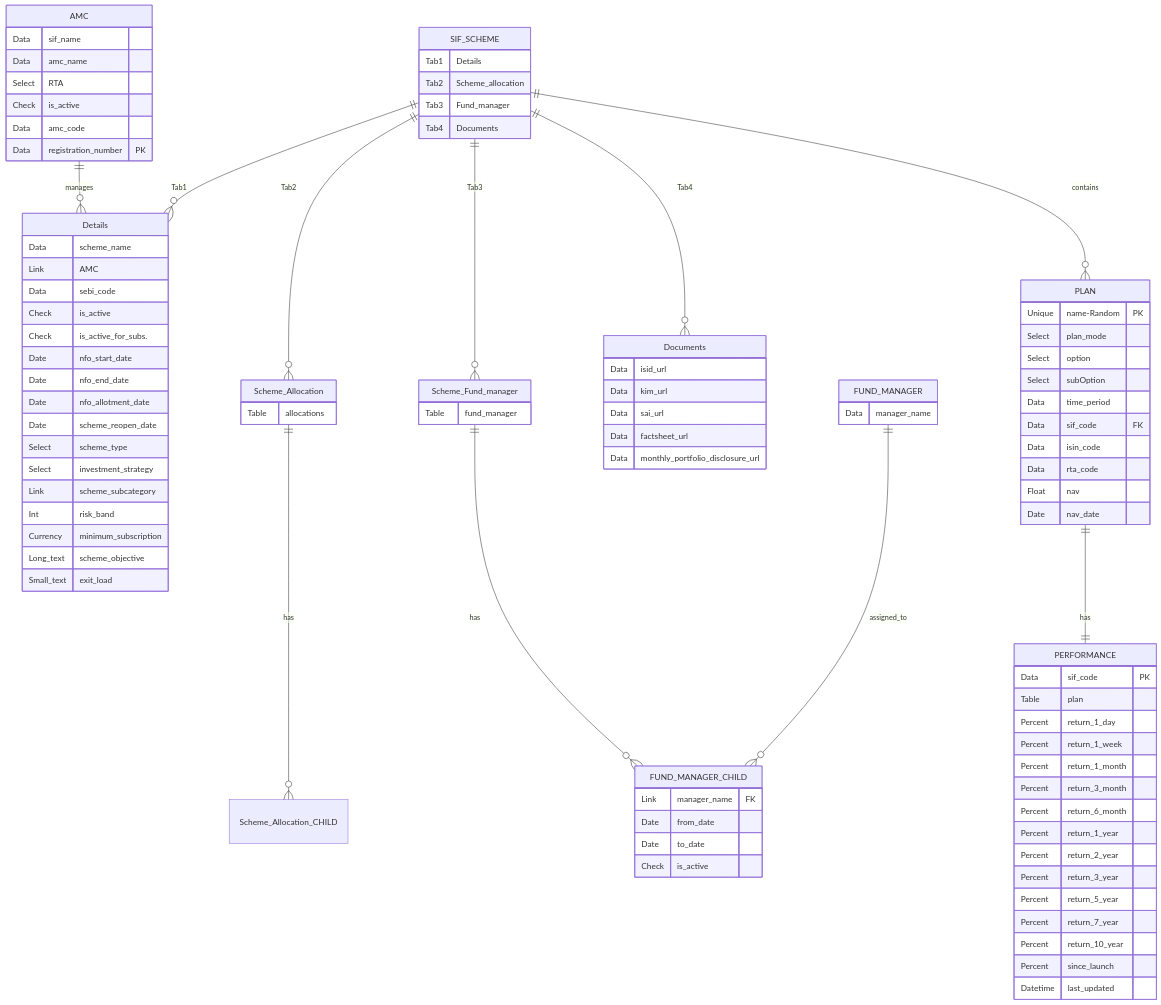
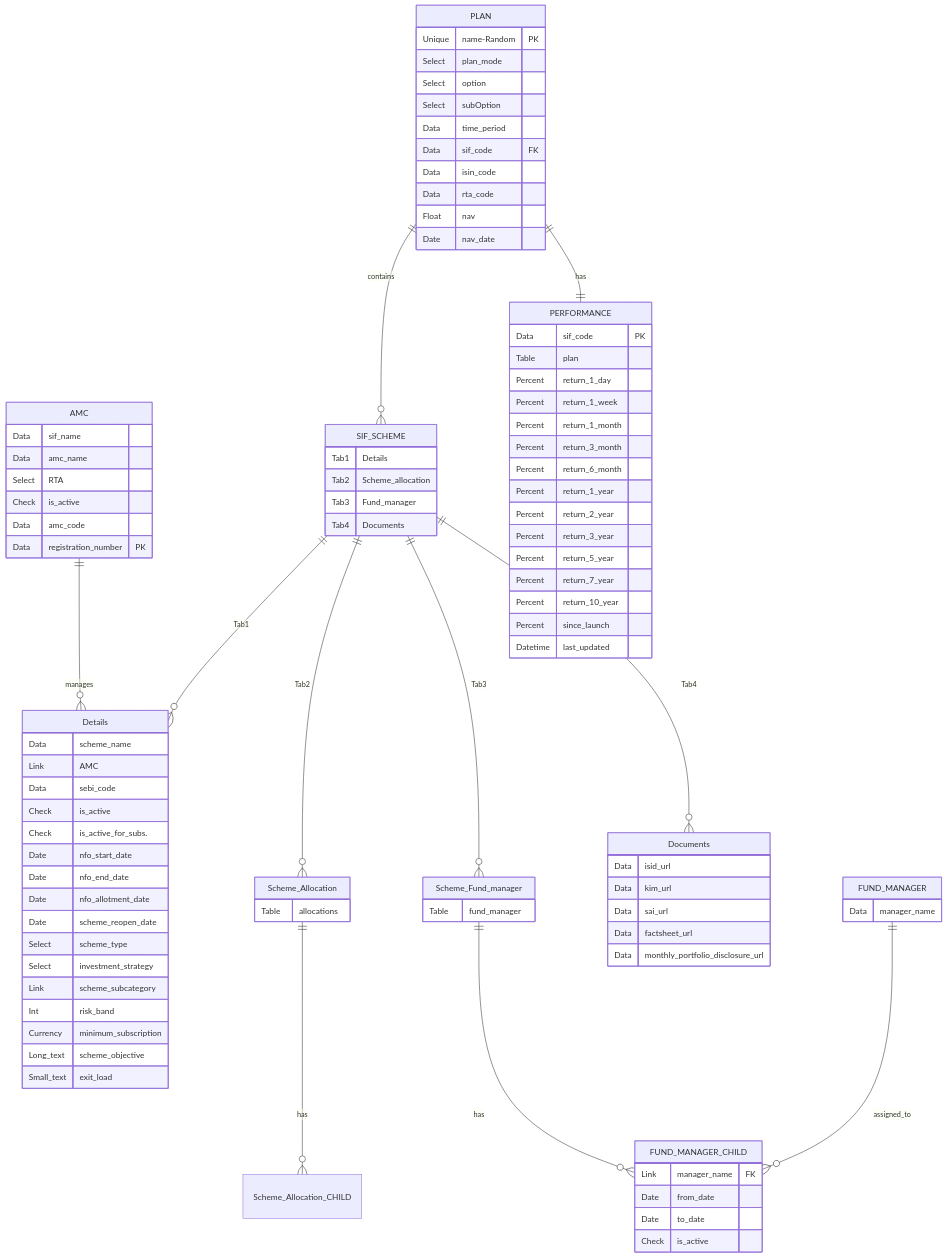
The diagram in sif_app/DOCTYPE architecture ER diagram.md (Satyam4755/My_SIF), drawn with Mermaid before and after one commit.

Commit message:
Update DOCTYPE architecture ER diagram.md

```diff
--- a/sif_app/DOCTYPE architecture ER diagram.md
+++ b/sif_app/DOCTYPE architecture ER diagram.md
@@ -13,7 +13,7 @@
     FUND_MANAGER ||--o{ FUND_MANAGER_CHILD : assigned_to
 
     Scheme_Allocation ||--o{ Scheme_Allocation_CHILD : has
-    SIF_SCHEME ||--o{ PLAN : contains
+    PLAN ||--o{ SIF_SCHEME : contains
     PLAN ||--|| PERFORMANCE : has
 
 
```
